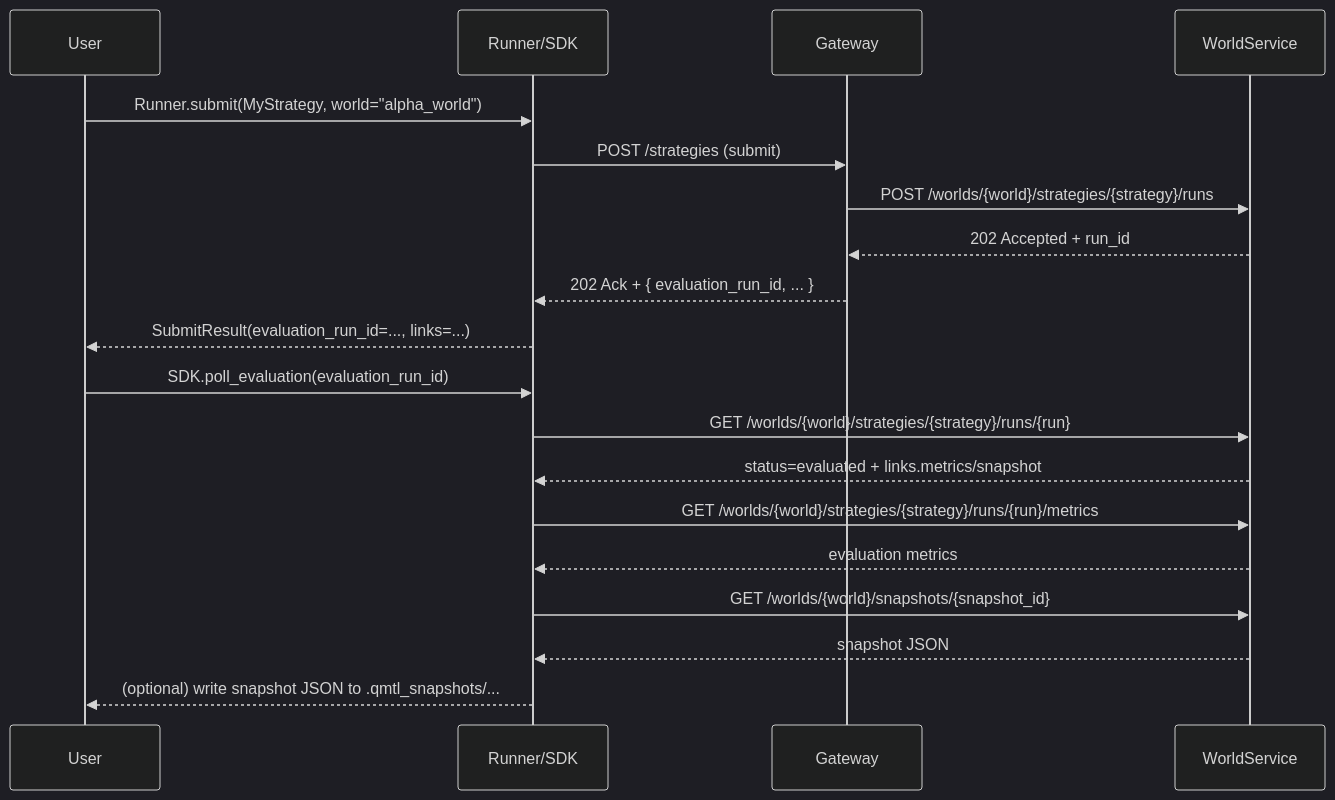
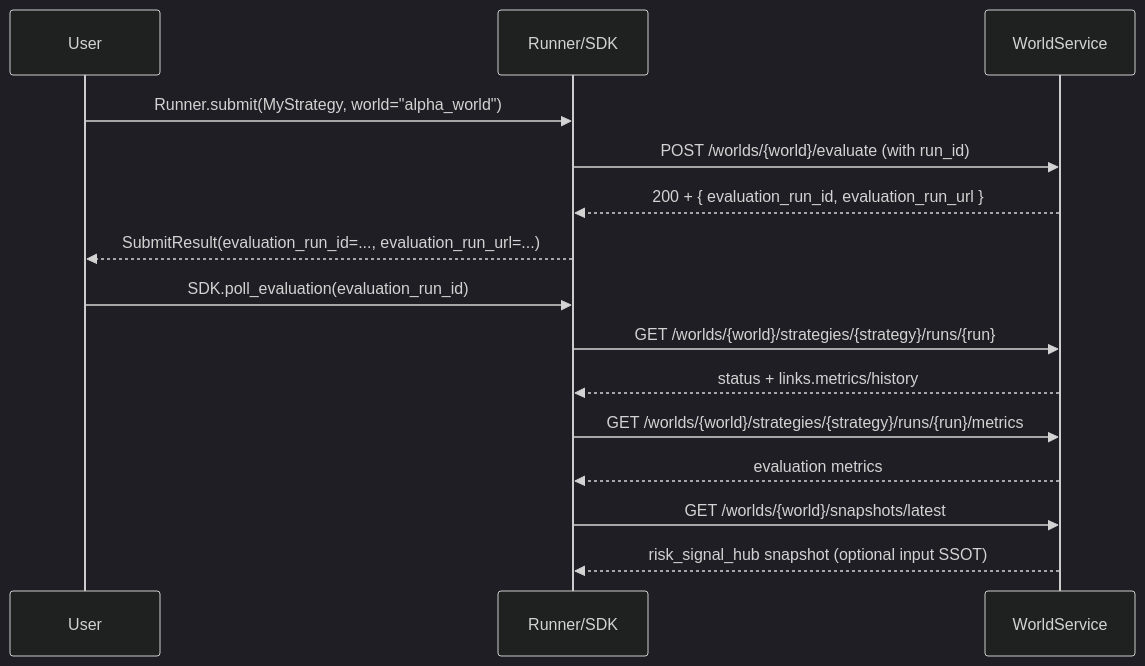
The second of 2 diagrams in docs/en/design/worldservice_evaluation_runs_and_metrics_api.md (hyophyop/qmtl), drawn with Mermaid (dark theme) before and after one commit. The commit also changed other lines of this file and 1 other file, not shown here.

First line of the commit message:
Align eval-run snapshot docs with risk hub (#1992)

````diff
--- a/docs/en/design/worldservice_evaluation_runs_and_metrics_api.md
+++ b/docs/en/design/worldservice_evaluation_runs_and_metrics_api.md
@@ -266,25 +241,21 @@
 ```mermaid
 sequenceDiagram
     participant User
     participant SDK as Runner/SDK
-    participant GW as Gateway
     participant WS as WorldService
 
     User->>SDK: Runner.submit(MyStrategy, world="alpha_world")
-    SDK->>GW: POST /strategies (submit)
-    GW->>WS: POST /worlds/{world}/strategies/{strategy}/runs
-    WS-->>GW: 202 Accepted + run_id
-    GW-->>SDK: 202 Ack + { evaluation_run_id, ... }
-    SDK-->>User: SubmitResult(evaluation_run_id=..., links=...)
+    SDK->>WS: POST /worlds/{world}/evaluate (with run_id)
+    WS-->>SDK: 200 + { evaluation_run_id, evaluation_run_url }
+    SDK-->>User: SubmitResult(evaluation_run_id=..., evaluation_run_url=...)
 
     User->>SDK: SDK.poll_evaluation(evaluation_run_id)
     SDK->>WS: GET /worlds/{world}/strategies/{strategy}/runs/{run}
-    WS-->>SDK: status=evaluated + links.metrics/snapshot
+    WS-->>SDK: status + links.metrics/history
 
     SDK->>WS: GET /worlds/{world}/strategies/{strategy}/runs/{run}/metrics
     WS-->>SDK: evaluation metrics
 
-    SDK->>WS: GET /worlds/{world}/snapshots/{snapshot_id}
-    WS-->>SDK: snapshot JSON
-    SDK-->>User: (optional) write snapshot JSON to .qmtl_snapshots/...
+    SDK->>WS: GET /worlds/{world}/snapshots/latest
+    WS-->>SDK: risk_signal_hub snapshot (optional input SSOT)
 ```
````
